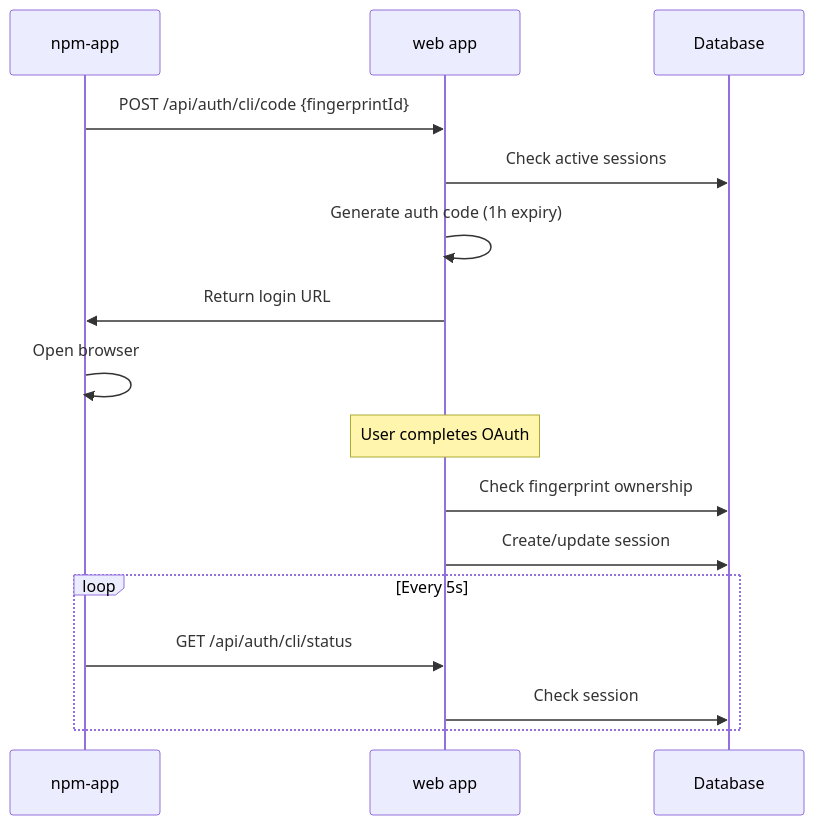
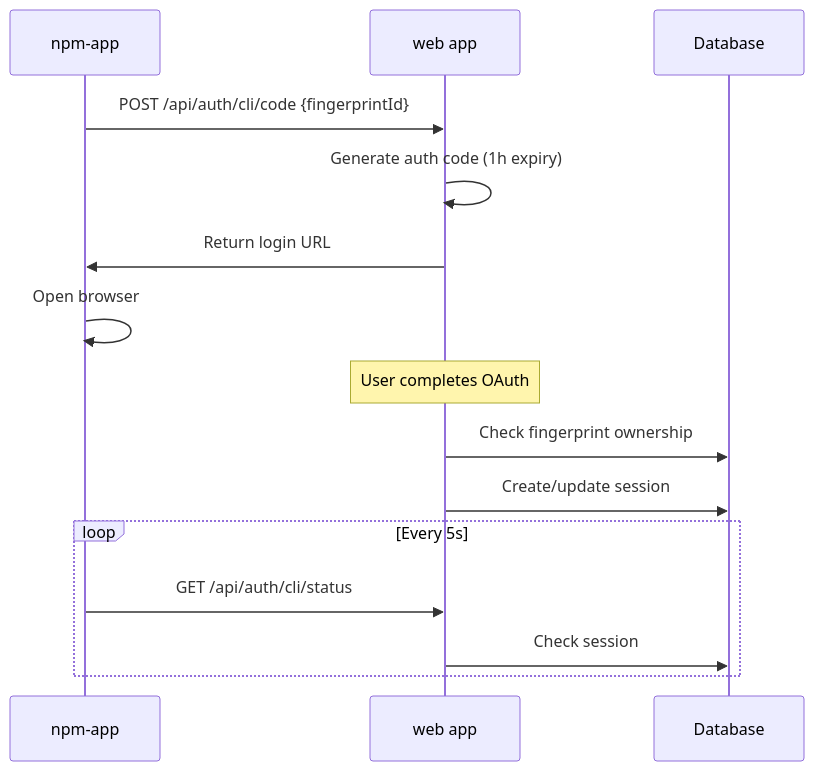
Before and after one commit to innotelinc/jesus: the diagram in apps/freebuff/authentication.knowledge.md, drawn with Mermaid. The commit also changed other lines of this file and 136 other files, not shown here.

````diff
--- a/apps/freebuff/authentication.knowledge.md
+++ b/apps/freebuff/authentication.knowledge.md
@@ -50,19 +9,18 @@
 ```mermaid
 sequenceDiagram
     participant CLI as npm-app
     participant Web as web app
     participant DB as Database
 
     CLI->>Web: POST /api/auth/cli/code {fingerprintId}
-    Web->>DB: Check active sessions
     Web->>Web: Generate auth code (1h expiry)
     Web->>CLI: Return login URL
     CLI->>CLI: Open browser
     Note over Web: User completes OAuth
     Web->>DB: Check fingerprint ownership
     Web->>DB: Create/update session
     loop Every 5s
         CLI->>Web: GET /api/auth/cli/status
         Web->>DB: Check session
     end
 ```
````
